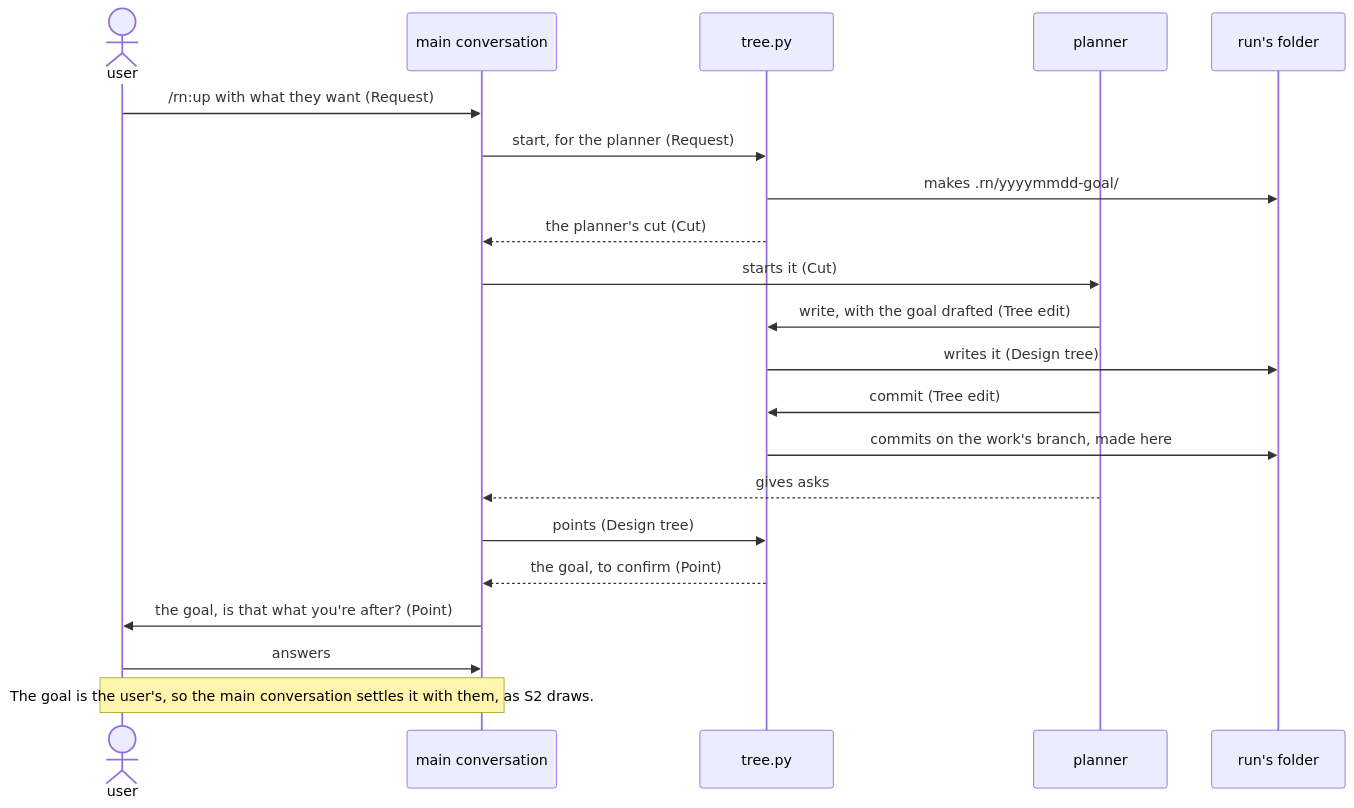
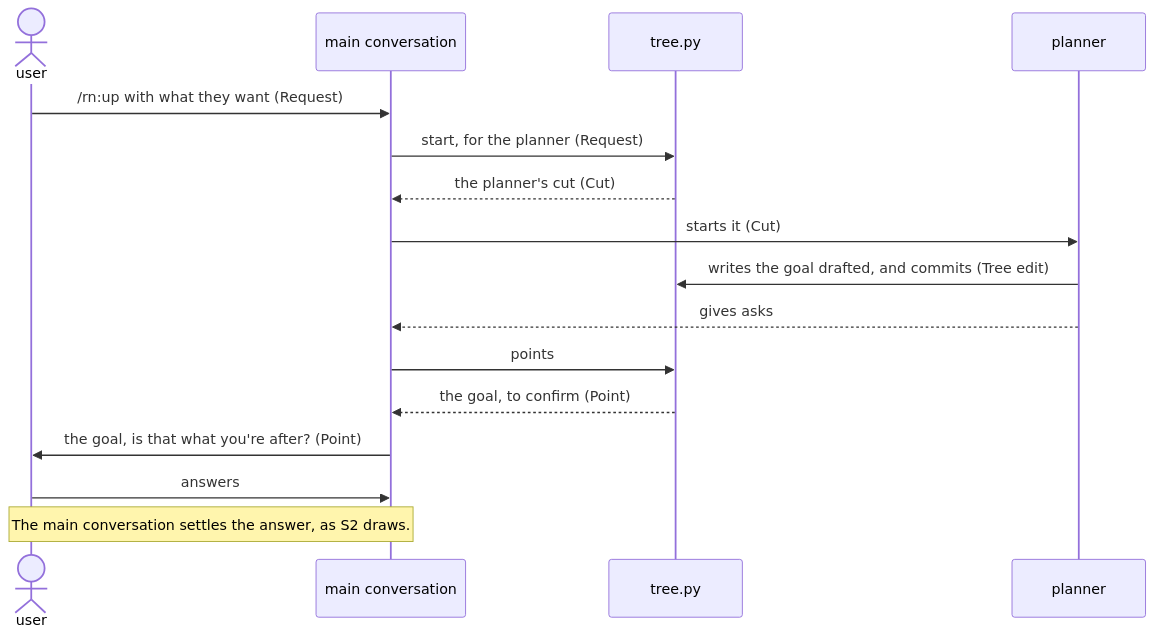
One commit to lovaizu/ccpm changed the first of 6 diagrams in dev/rn/architecture.md. Above: the diagram before and after it, drawn with Mermaid. The commit also changed other lines of this file and 40 other files, not shown here.

````diff
--- a/dev/rn/architecture.md
+++ b/dev/rn/architecture.md
@@ -462,23 +226,18 @@
 ```mermaid
 sequenceDiagram
   actor U as user
   participant M as main conversation
   participant T as tree.py
   participant P as planner
-  participant R as run's folder
   U->>M: /rn:up with what they want (Request)
   M->>T: start, for the planner (Request)
-  T->>R: makes .rn/yyyymmdd-goal/
   T-->>M: the planner's cut (Cut)
   M->>P: starts it (Cut)
-  P->>T: write, with the goal drafted (Tree edit)
-  T->>R: writes it (Design tree)
-  P->>T: commit (Tree edit)
-  T->>R: commits on the work's branch, made here
+  P->>T: writes the goal drafted, and commits (Tree edit)
   P-->>M: gives asks
-  M->>T: points (Design tree)
+  M->>T: points
   T-->>M: the goal, to confirm (Point)
   M->>U: the goal, is that what you're after? (Point)
   U->>M: answers
-  Note over U,M: The goal is the user's, so the main conversation settles it with them, as S2 draws.
+  Note over U,M: The main conversation settles the answer, as S2 draws.
 ```
````
